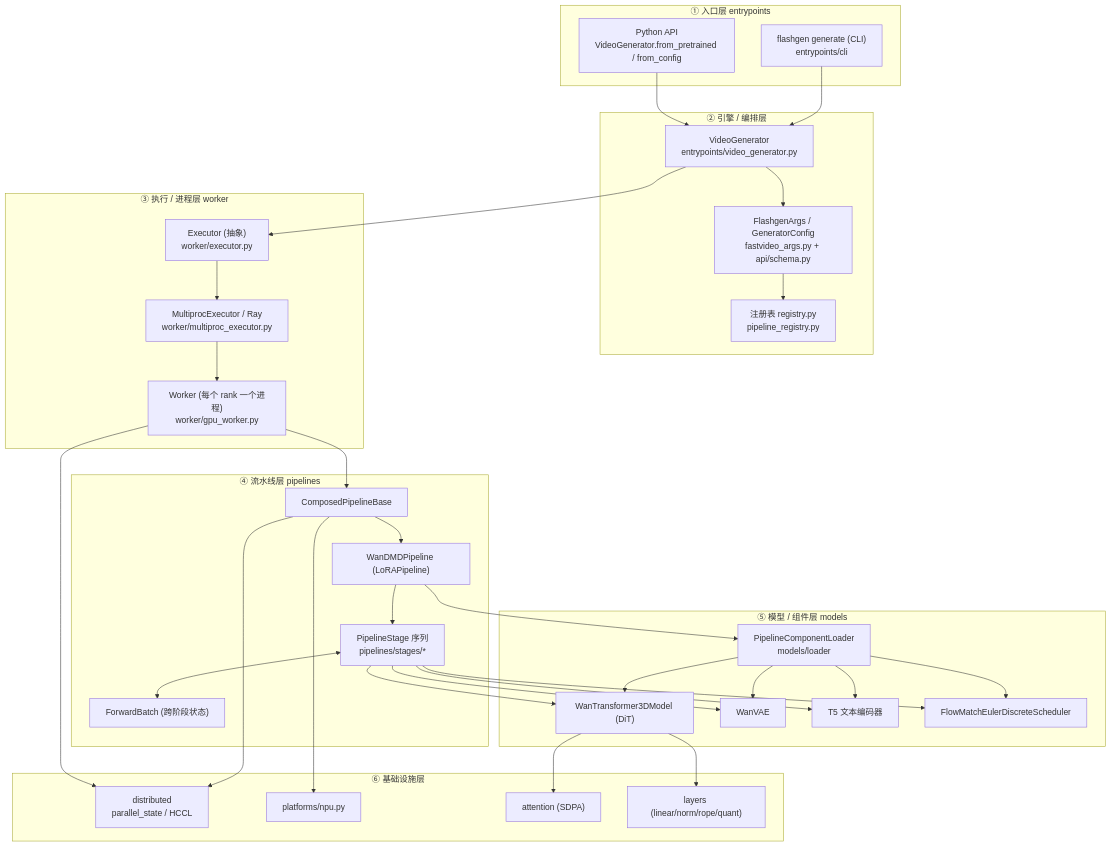
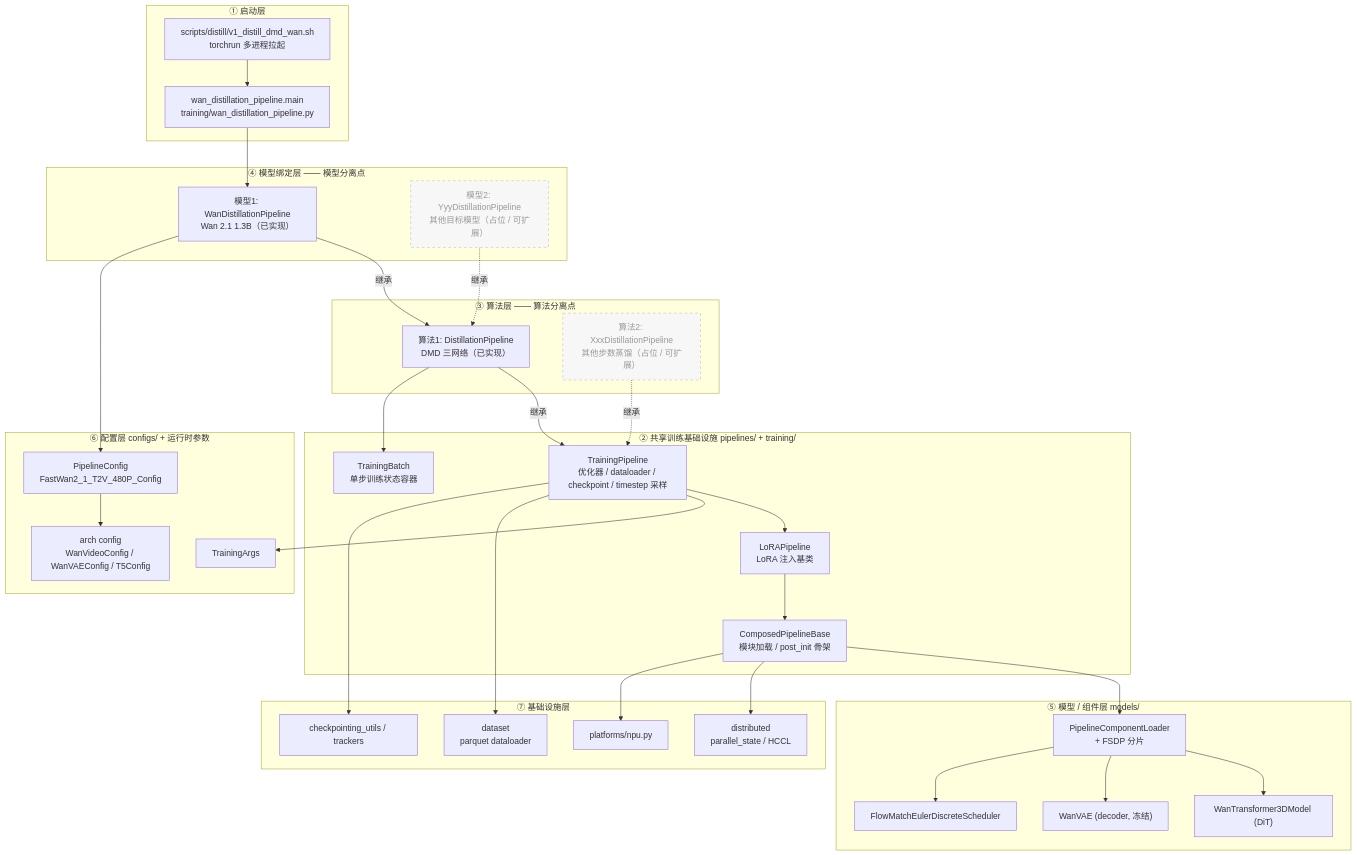
One commit to Huangzjun/FlashGen changed the first of 11 diagrams in docs/架构设计.md. Above: the diagram before and after it, drawn with Mermaid. The commit also changed other lines of this file and 82 other files, not shown here.

````diff
--- a/docs/架构设计.md
+++ b/docs/架构设计.md
@@ -29,57 +34,62 @@
 ```mermaid
 graph TD
-    subgraph L1["① 入口层 entrypoints"]
-        CLI["flashgen generate (CLI)<br/>entrypoints/cli"]
-        PYAPI["Python API<br/>VideoGenerator.from_pretrained / from_config"]
+    subgraph L1["① 启动层"]
+        SH["scripts/distill/v1_distill_dmd_wan.sh<br/>torchrun 多进程拉起"]
+        ENTRY["wan_distillation_pipeline.main<br/>training/wan_distillation_pipeline.py"]
     end
 
-    subgraph L2["② 引擎 / 编排层"]
-        VG["VideoGenerator<br/>entrypoints/video_generator.py"]
-        ARGS["FlashgenArgs / GeneratorConfig<br/>fastvideo_args.py + api/schema.py"]
-        REG["注册表 registry.py<br/>pipeline_registry.py"]
+    subgraph L4["④ 模型绑定层 —— 模型分离点"]
+        WDP["模型1: WanDistillationPipeline<br/>Wan 2.1 1.3B（已实现）"]
+        MODEL2["模型2: YyyDistillationPipeline<br/>其他目标模型（占位 / 可扩展）"]
     end
 
-    subgraph L3["③ 执行 / 进程层 worker"]
-        EXE["Executor (抽象)<br/>worker/executor.py"]
-        MP["MultiprocExecutor / Ray<br/>worker/multiproc_executor.py"]
-        WK["Worker (每个 rank 一个进程)<br/>worker/gpu_worker.py"]
+    subgraph L3["③ 算法层 —— 算法分离点"]
+        DP["算法1: DistillationPipeline<br/>DMD 三网络（已实现）"]
+        ALG2["算法2: XxxDistillationPipeline<br/>其他步数蒸馏（占位 / 可扩展）"]
     end
 
-    subgraph L4["④ 流水线层 pipelines"]
-        CPB["ComposedPipelineBase"]
-        WANP["WanDMDPipeline (LoRAPipeline)"]
-        STAGES["PipelineStage 序列<br/>pipelines/stages/*"]
-        FB["ForwardBatch (跨阶段状态)"]
+    subgraph L2["② 共享训练基础设施 pipelines/ + training/"]
+        TP["TrainingPipeline<br/>优化器 / dataloader / checkpoint / timestep 采样"]
+        LORA["LoRAPipeline<br/>LoRA 注入基类"]
+        CPB["ComposedPipelineBase<br/>模块加载 / post_init 骨架"]
+        TB["TrainingBatch<br/>单步训练状态容器"]
     end
 
-    subgraph L5["⑤ 模型 / 组件层 models"]
-        LOADER["PipelineComponentLoader<br/>models/loader"]
+    subgraph L5["⑤ 模型 / 组件层 models/"]
+        LOADER["PipelineComponentLoader<br/>+ FSDP 分片"]
         DIT["WanTransformer3DModel (DiT)"]
-        VAE["WanVAE"]
-        T5["T5 文本编码器"]
+        VAE["WanVAE (decoder, 冻结)"]
         SCHED["FlowMatchEulerDiscreteScheduler"]
     end
 
-    subgraph L6["⑥ 基础设施层"]
+    subgraph L6["⑥ 配置层 configs/ + 运行时参数"]
+        TA["TrainingArgs"]
+        PC["PipelineConfig<br/>FastWan2_1_T2V_480P_Config"]
+        ARCH["arch config<br/>WanVideoConfig / WanVAEConfig / T5Config"]
+    end
+
+    subgraph L7["⑦ 基础设施层"]
         DIST["distributed<br/>parallel_state / HCCL"]
         PLAT["platforms/npu.py"]
-        ATTN["attention (SDPA)"]
-        LAYERS["layers (linear/norm/rope/quant)"]
+        DS["dataset<br/>parquet dataloader"]
+        CKPT["checkpointing_utils / trackers"]
     end
 
-    CLI --> VG
-    PYAPI --> VG
-    VG --> ARGS
-    VG --> EXE
-    ARGS --> REG
-    EXE --> MP --> WK
-    WK --> CPB
-    CPB --> WANP --> STAGES
-    STAGES <--> FB
-    WANP --> LOADER
-    LOADER --> DIT & VAE & T5 & SCHED
-    STAGES --> DIT & VAE & T5 & SCHED
+    SH --> ENTRY --> WDP
+    WDP -->|继承| DP
+    MODEL2 -.->|继承| DP
+    DP -->|继承| TP
+    ALG2 -.->|继承| TP
+    TP --> LORA --> CPB
+    DP --> TB
+    CPB --> LOADER
+    LOADER --> DIT & VAE & SCHED
+    WDP --> PC
+    TP --> TA
+    PC --> ARCH
     CPB --> DIST & PLAT
-    DIT --> ATTN & LAYERS
-    WK --> DIST
+    TP --> DS & CKPT
+
+    classDef placeholder stroke-dasharray:5 5,fill:#f7f7f7,color:#999,stroke:#bbb;
+    class MODEL2,ALG2 placeholder;
 ```
````
